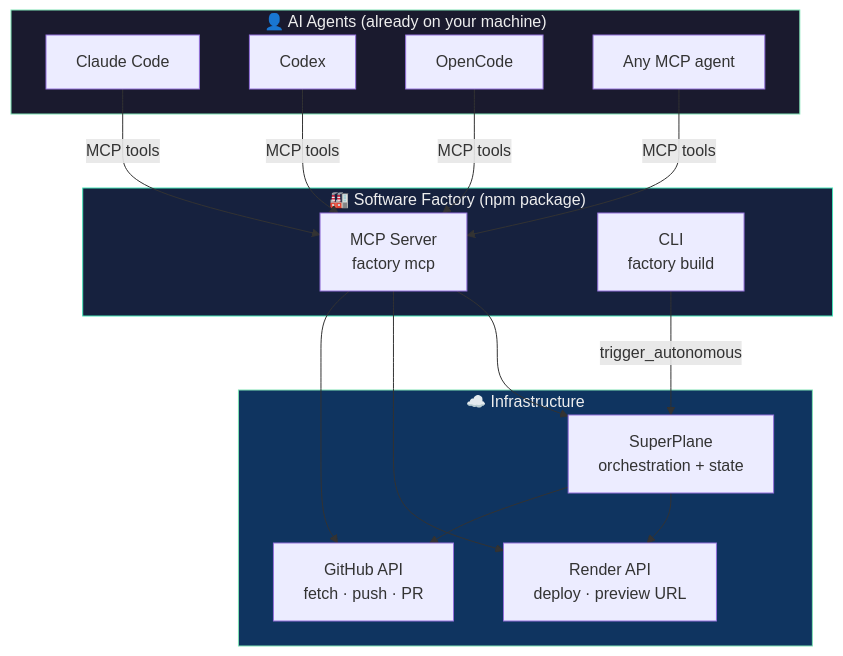
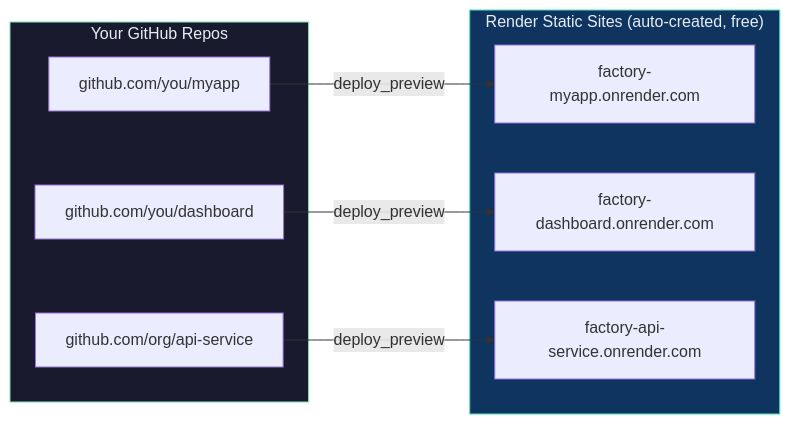
The fifth of 8 diagrams in README.md (hongchengw/superplane-render-nyc-hack), drawn with Mermaid before and after one commit. The commit also changed other lines of this file, not shown here.

First line of the commit message:
docs: comprehensive README with 7 Mermaid diagrams

````diff
--- a/README.md
+++ b/README.md
@@ -229,32 +290,21 @@
 ```mermaid
-graph TB
-    subgraph agents["👤 AI Agents (already on your machine)"]
-        cc["Claude Code"]
-        cx["Codex"]
-        oc["OpenCode"]
-        any["Any MCP agent"]
+graph LR
+    subgraph repos["Your GitHub Repos"]
+        r1["github.com/you/myapp"]
+        r2["github.com/you/dashboard"]
+        r3["github.com/org/api-service"]
     end
 
-    subgraph factory["🏭 Software Factory (npm package)"]
-        mcp["MCP Server\nfactory mcp"]
-        cli["CLI\nfactory build"]
+    subgraph render["Render Static Sites (auto-created, free)"]
+        s1["factory-myapp.onrender.com"]
+        s2["factory-dashboard.onrender.com"]
+        s3["factory-api-service.onrender.com"]
     end
 
-    subgraph infra["☁️ Infrastructure"]
-        sp["SuperPlane\norchestration + state"]
-        gh["GitHub API\nfetch · push · PR"]
-        re["Render API\ndeploy · preview URL"]
-    end
+    r1 -->|deploy_preview| s1
+    r2 -->|deploy_preview| s2
+    r3 -->|deploy_preview| s3
 
-    cc & cx & oc & any -->|"MCP tools"| mcp
-    cli -->|"trigger_autonomous"| sp
-    mcp --> gh
-    mcp --> re
-    mcp --> sp
-    sp --> gh
-    sp --> re
-
-    style agents fill:#1a1a2e,color:#eee,stroke:#7fe2b4
-    style factory fill:#16213e,color:#eee,stroke:#46E3B7
-    style infra fill:#0f3460,color:#eee,stroke:#7fe2b4
+    style repos fill:#1a1a2e,color:#e6edf3,stroke:#7fe2b4
+    style render fill:#0f3460,color:#e6edf3,stroke:#46E3B7
 ```
````
